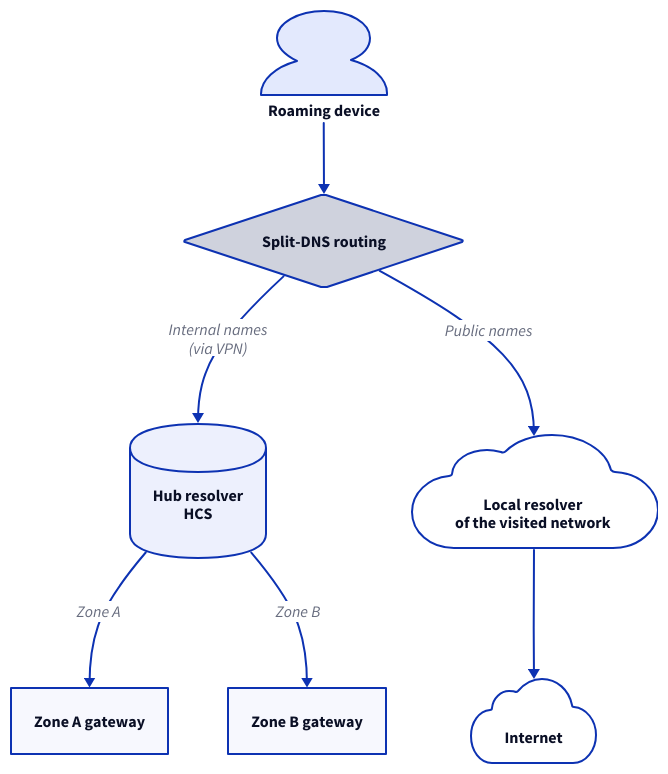
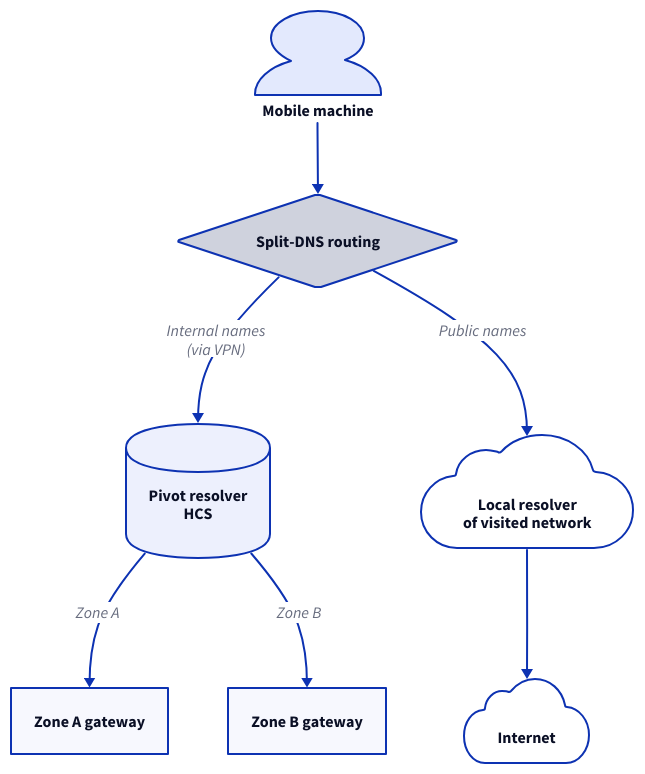
One commit to darkone-linux/dnf-doc changed the fourth of 5 diagrams in src/content/docs/en/doc/admin-guide/understand/network.mdx. Above: the diagram before and after it, drawn with D2. The commit also changed other lines of this file and 29 other files, not shown here.

````diff
--- a/src/content/docs/en/doc/admin-guide/understand/network.mdx
+++ b/src/content/docs/en/doc/admin-guide/understand/network.mdx
@@ -237,20 +252,20 @@
 ```d2
 style.fill: transparent
 direction: down
 
-pc: Roaming device { shape: person }
+pc: Mobile machine { shape: person }
 split: Split-DNS routing { shape: diamond }
 
-pivot: Hub resolver\nHCS { shape: cylinder }
+pivot: Pivot resolver\nHCS { shape: cylinder }
 gwa: Zone A gateway
 gwb: Zone B gateway
-local: Local resolver\nof the visited network { shape: cloud }
+local: Local resolver\nof visited network { shape: cloud }
 net: Internet { shape: cloud }
 
 pc -> split
 split -> pivot: Internal names\n(via VPN)
 split -> local: Public names
 pivot -> gwa: Zone A
 pivot -> gwb: Zone B
 local -> net
 ```
````
